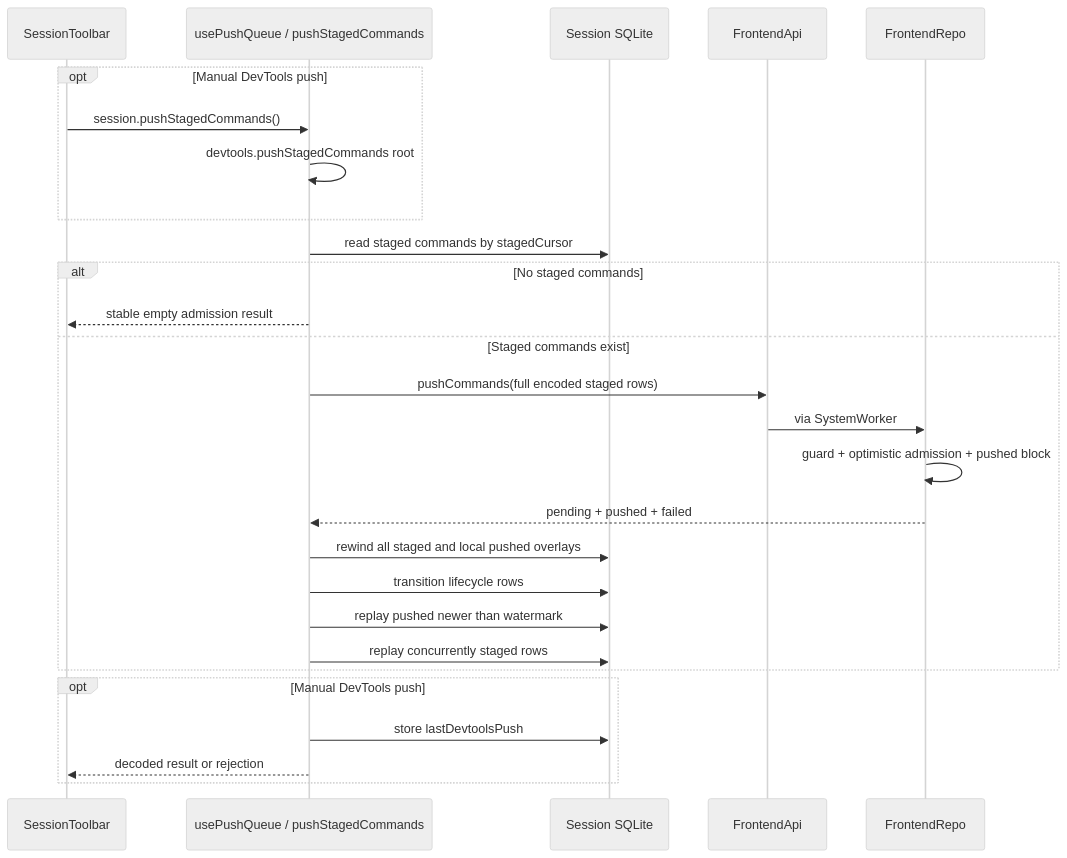
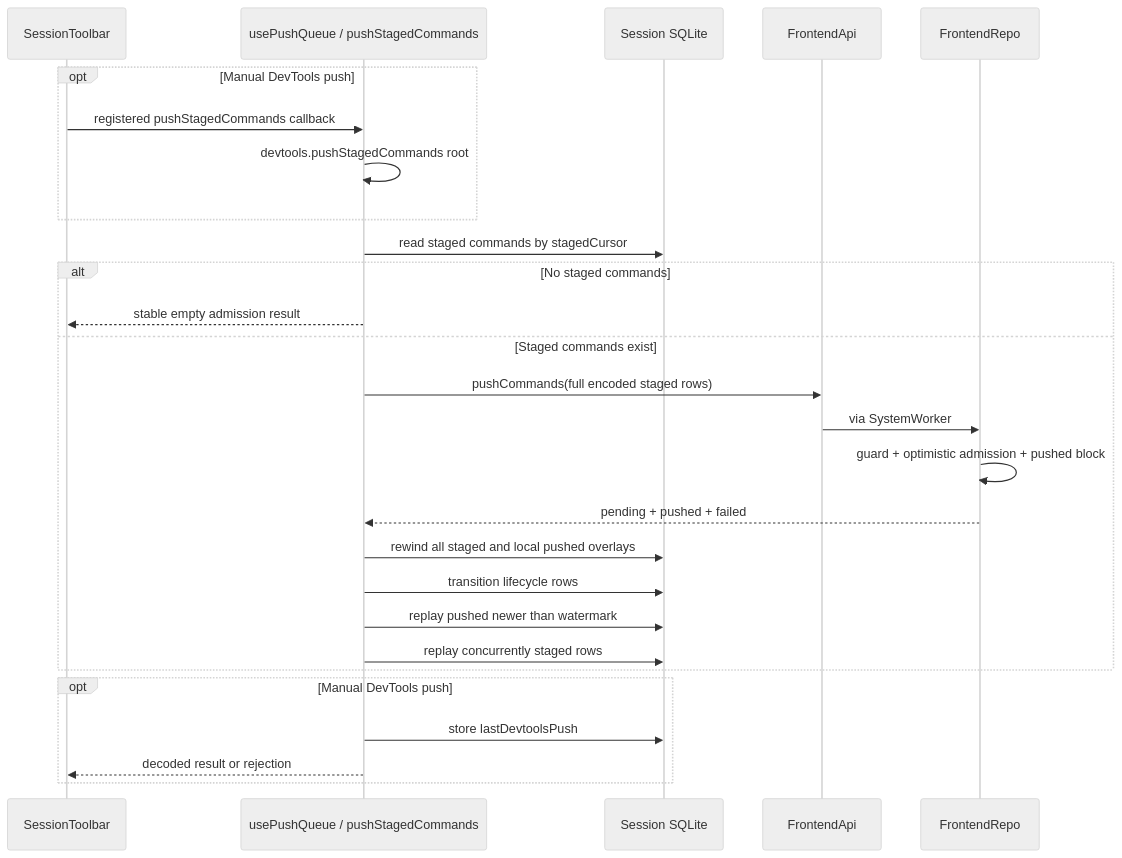
One commit to morgs32/qrk.sh changed the second of 2 diagrams in wiki/architecture/bootstrapBrowserSession.md. Above: the diagram before and after it, drawn with Mermaid (neutral theme). The commit also changed other lines of this file and 148 other files, not shown here.

````diff
--- a/wiki/architecture/bootstrapBrowserSession.md
+++ b/wiki/architecture/bootstrapBrowserSession.md
@@ -202,30 +245,30 @@
 ```mermaid
 sequenceDiagram
   participant Toolbar as SessionToolbar
   participant Push as usePushQueue / pushStagedCommands
   participant Session as Session SQLite
   participant FrontendApi
   participant FrontendRepo
 
   opt Manual DevTools push
-    Toolbar->>Push: session.pushStagedCommands()
+    Toolbar->>Push: registered pushStagedCommands callback
     Push->>Push: devtools.pushStagedCommands root
   end
   Push->>Session: read staged commands by stagedCursor
   alt No staged commands
     Push-->>Toolbar: stable empty admission result
   else Staged commands exist
     Push->>FrontendApi: pushCommands(full encoded staged rows)
     FrontendApi->>FrontendRepo: via SystemWorker
     FrontendRepo->>FrontendRepo: guard + optimistic admission + pushed block
     FrontendRepo-->>Push: pending + pushed + failed
     Push->>Session: rewind all staged and local pushed overlays
     Push->>Session: transition lifecycle rows
     Push->>Session: replay pushed newer than watermark
     Push->>Session: replay concurrently staged rows
   end
   opt Manual DevTools push
     Push->>Session: store lastDevtoolsPush
     Push-->>Toolbar: decoded result or rejection
   end
 ```
````
